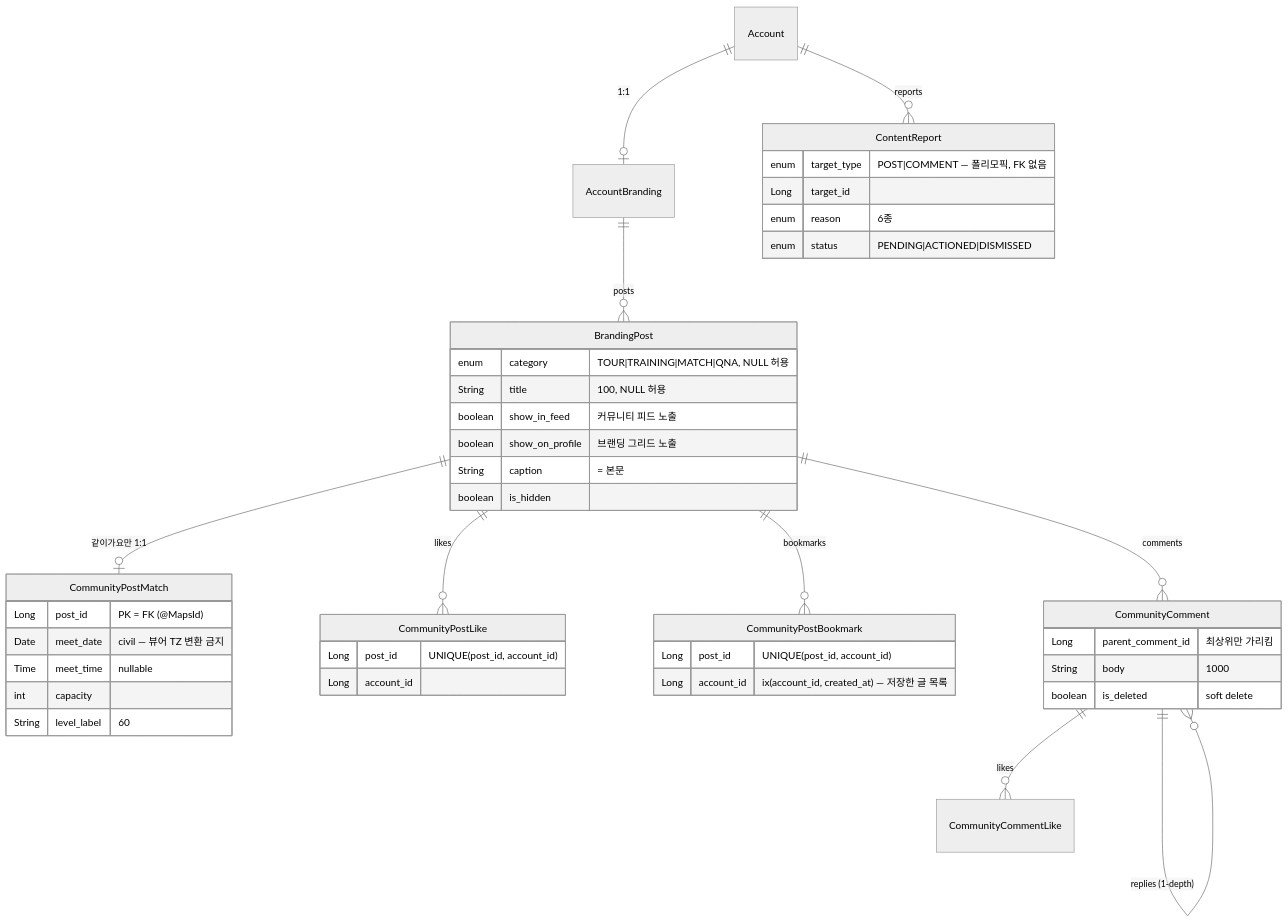
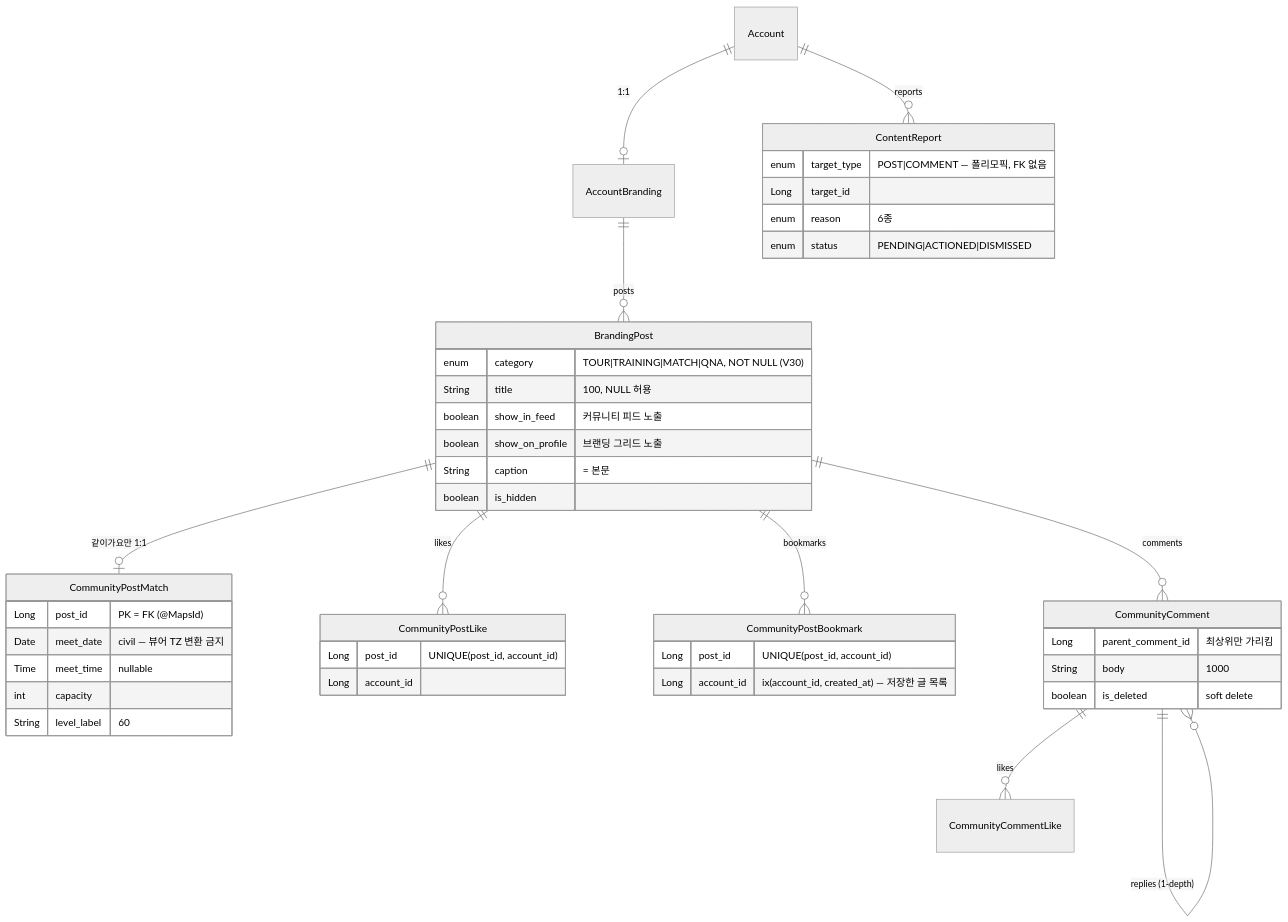
Before and after one commit to pungdong/Pungdong-Backend: the fifth of 5 diagrams in docs/architecture/community.md, drawn with Mermaid (neutral theme). The commit also changed other lines of this file and 5 other files, not shown here.

````diff
--- a/docs/architecture/community.md
+++ b/docs/architecture/community.md
@@ -135,47 +135,47 @@
 ```mermaid
 erDiagram
   Account ||--o| AccountBranding : "1:1"
   AccountBranding ||--o{ BrandingPost : posts
   BrandingPost ||--o| CommunityPostMatch : "같이가요만 1:1"
   BrandingPost ||--o{ CommunityPostLike : likes
   BrandingPost ||--o{ CommunityPostBookmark : bookmarks
   BrandingPost ||--o{ CommunityComment : comments
   CommunityComment ||--o{ CommunityComment : "replies (1-depth)"
   CommunityComment ||--o{ CommunityCommentLike : likes
   Account ||--o{ ContentReport : reports
 
   BrandingPost {
-    enum category "TOUR|TRAINING|MATCH|QNA, NULL 허용"
+    enum category "TOUR|TRAINING|MATCH|QNA, NOT NULL (V30)"
     String title "100, NULL 허용"
     boolean show_in_feed "커뮤니티 피드 노출"
     boolean show_on_profile "브랜딩 그리드 노출"
     String caption "= 본문"
     boolean is_hidden
   }
   CommunityPostMatch {
     Long post_id "PK = FK (@MapsId)"
     Date meet_date "civil — 뷰어 TZ 변환 금지"
     Time meet_time "nullable"
     int capacity
     String level_label "60"
   }
   CommunityPostLike {
     Long post_id "UNIQUE(post_id, account_id)"
     Long account_id
   }
   CommunityPostBookmark {
     Long post_id "UNIQUE(post_id, account_id)"
     Long account_id "ix(account_id, created_at) — 저장한 글 목록"
   }
   CommunityComment {
     Long parent_comment_id "최상위만 가리킴"
     String body "1000"
     boolean is_deleted "soft delete"
   }
   ContentReport {
     enum target_type "POST|COMMENT — 폴리모픽, FK 없음"
     Long target_id
     enum reason "6종"
     enum status "PENDING|ACTIONED|DISMISSED"
   }
 ```
````
